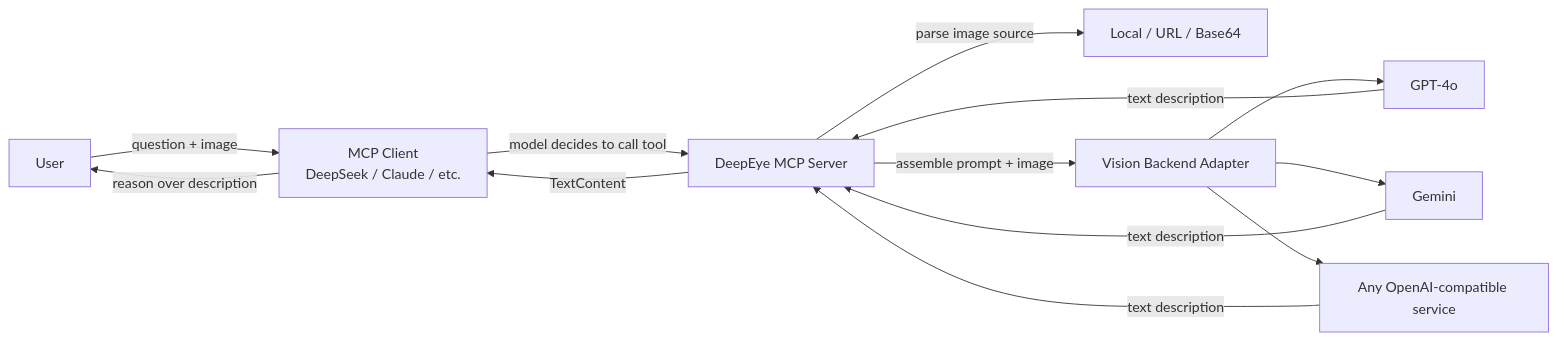
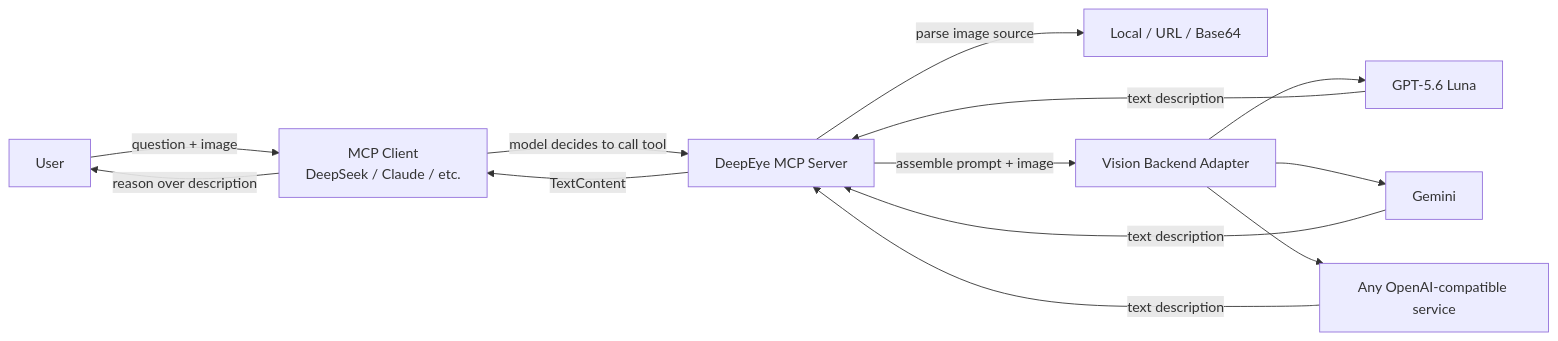
The diagram in README.en.md (Favio8/deepeye), drawn with Mermaid before and after one commit. The commit also changed other lines of this file and 3 other files, not shown here.

First line of the commit message:
⬆️ chore: switch default vision model to gpt-5.6 luna after 80% price cut

````diff
--- a/README.en.md
+++ b/README.en.md
@@ -74,15 +74,15 @@
 ```mermaid
 graph LR
     U[User] -->|question + image| A[MCP Client<br/>DeepSeek / Claude / etc.]
     A -->|model decides to call tool| B[DeepEye MCP Server]
     B -->|parse image source| C[Local / URL / Base64]
     B -->|assemble prompt + image| D[Vision Backend Adapter]
-    D --> E1[GPT-4o]
+    D --> E1[GPT-5.6 Luna]
     D --> E2[Gemini]
     D --> E3[Any OpenAI-compatible service]
     E1 -->|text description| B
     E2 -->|text description| B
     E3 -->|text description| B
     B -->|TextContent| A
     A -->|reason over description| U
 ```
````
